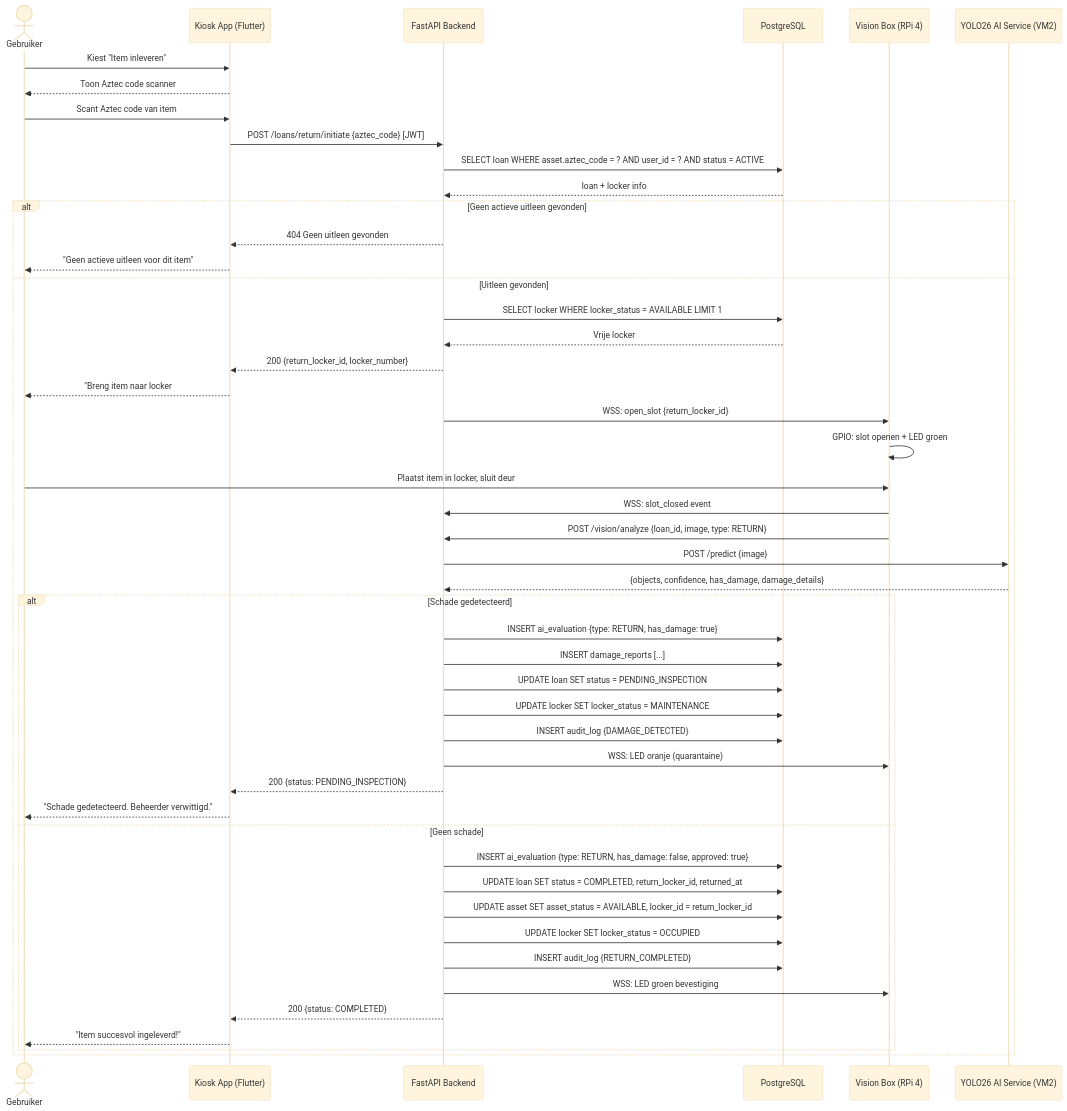
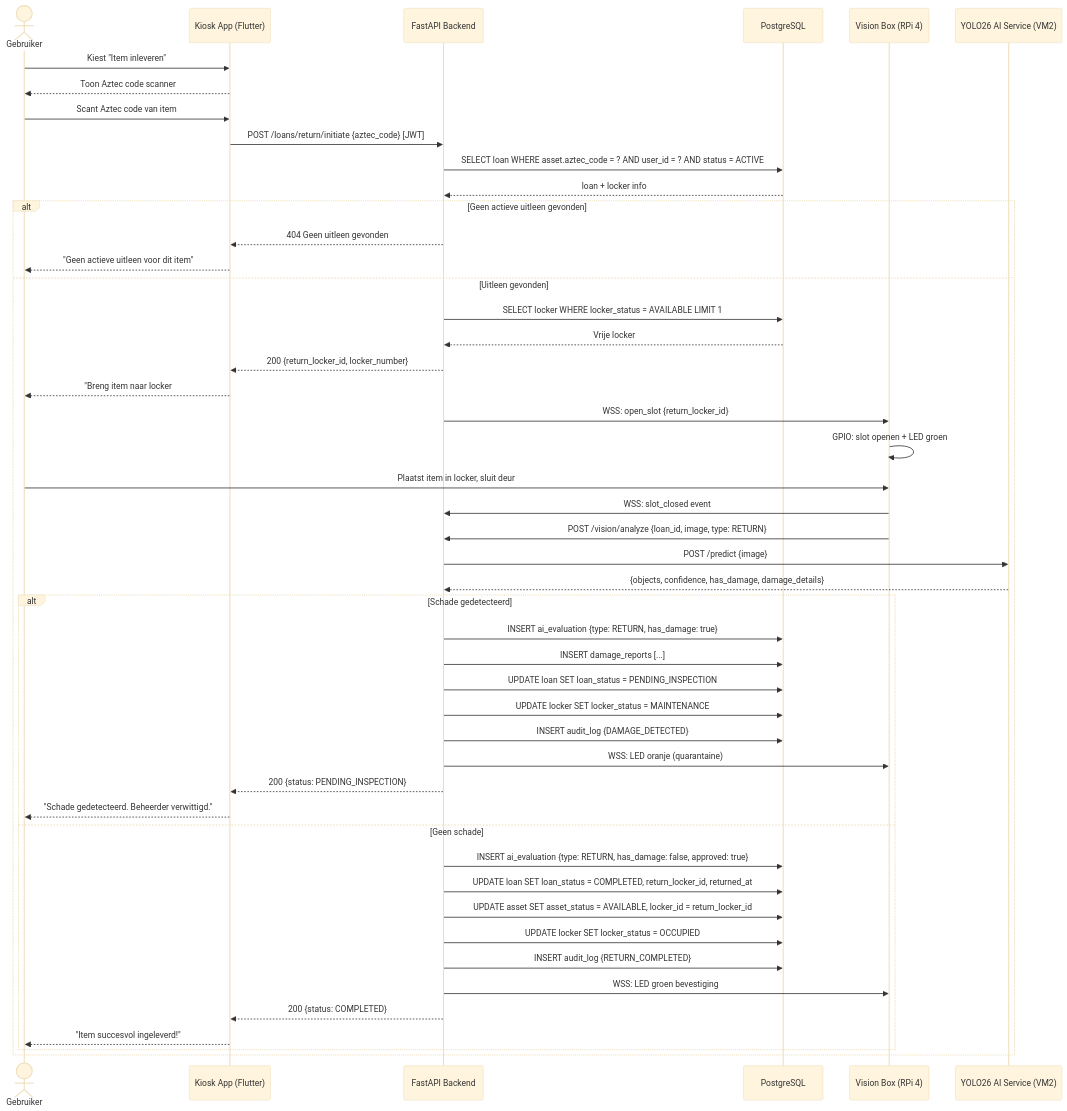
One commit to easylend-practice-enterprise/easylend changed the third of 4 diagrams in docs/workflows.md. Above: the diagram before and after it, drawn with Mermaid (base theme). The commit also changed other lines of this file and 3 other files, not shown here.

````diff
--- a/docs/workflows.md
+++ b/docs/workflows.md
@@ -126,55 +126,55 @@
 ```mermaid
 sequenceDiagram
     actor User as Gebruiker
     participant App as Kiosk App (Flutter)
     participant API as FastAPI Backend
     participant DB as PostgreSQL
     participant VB as Vision Box (RPi 4)
     participant AI as YOLO26 AI Service (VM2)
 
     User->>App: Kiest "Item inleveren"
     App-->>User: Toon Aztec code scanner
     User->>App: Scant Aztec code van item
     App->>API: POST /loans/return/initiate {aztec_code} [JWT]
     API->>DB: SELECT loan WHERE asset.aztec_code = ? AND user_id = ? AND status = ACTIVE
     DB-->>API: loan + locker info
 
     alt Geen actieve uitleen gevonden
         API-->>App: 404 Geen uitleen gevonden
         App-->>User: "Geen actieve uitleen voor dit item"
     else Uitleen gevonden
         API->>DB: SELECT locker WHERE locker_status = AVAILABLE LIMIT 1
         DB-->>API: Vrije locker
         API-->>App: 200 {return_locker_id, locker_number}
         App-->>User: "Breng item naar locker #N"
 
         API->>VB: WSS: open_slot {return_locker_id}
         VB->>VB: GPIO: slot openen + LED groen
         User->>VB: Plaatst item in locker, sluit deur
         VB->>API: WSS: slot_closed event
 
         VB->>API: POST /vision/analyze {loan_id, image, type: RETURN}
         API->>AI: POST /predict {image}
         AI-->>API: {objects, confidence, has_damage, damage_details}
 
         alt Schade gedetecteerd
             API->>DB: INSERT ai_evaluation {type: RETURN, has_damage: true}
             API->>DB: INSERT damage_reports [...]
-            API->>DB: UPDATE loan SET status = PENDING_INSPECTION
+            API->>DB: UPDATE loan SET loan_status = PENDING_INSPECTION
             API->>DB: UPDATE locker SET locker_status = MAINTENANCE
             API->>DB: INSERT audit_log {DAMAGE_DETECTED}
             API->>VB: WSS: LED oranje (quarantaine)
             API-->>App: 200 {status: PENDING_INSPECTION}
             App-->>User: "Schade gedetecteerd. Beheerder verwittigd."
         else Geen schade
             API->>DB: INSERT ai_evaluation {type: RETURN, has_damage: false, approved: true}
-            API->>DB: UPDATE loan SET status = COMPLETED, return_locker_id, returned_at
+            API->>DB: UPDATE loan SET loan_status = COMPLETED, return_locker_id, returned_at
             API->>DB: UPDATE asset SET asset_status = AVAILABLE, locker_id = return_locker_id
             API->>DB: UPDATE locker SET locker_status = OCCUPIED
             API->>DB: INSERT audit_log {RETURN_COMPLETED}
             API->>VB: WSS: LED groen bevestiging
             API-->>App: 200 {status: COMPLETED}
             App-->>User: "Item succesvol ingeleverd!"
         end
     end
 ```
````
